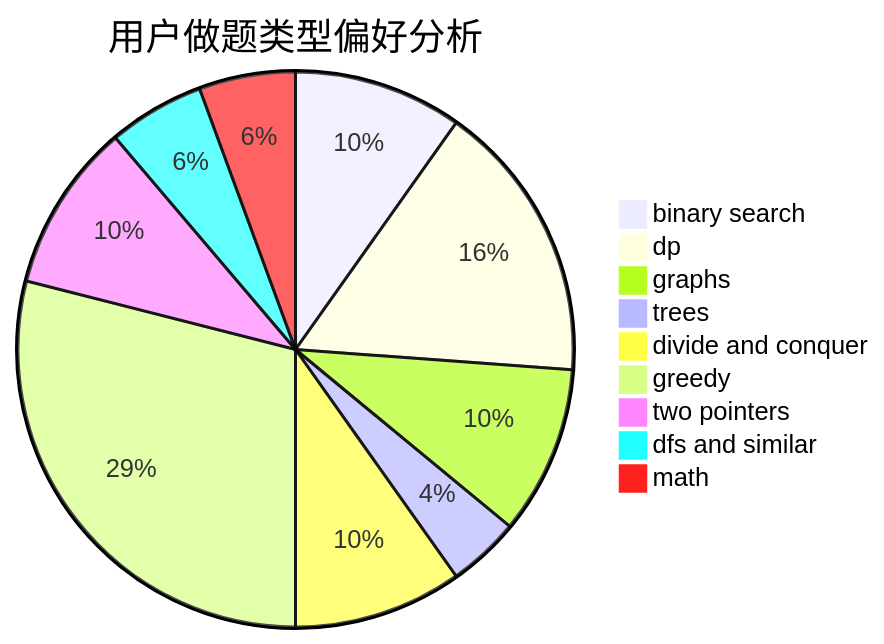
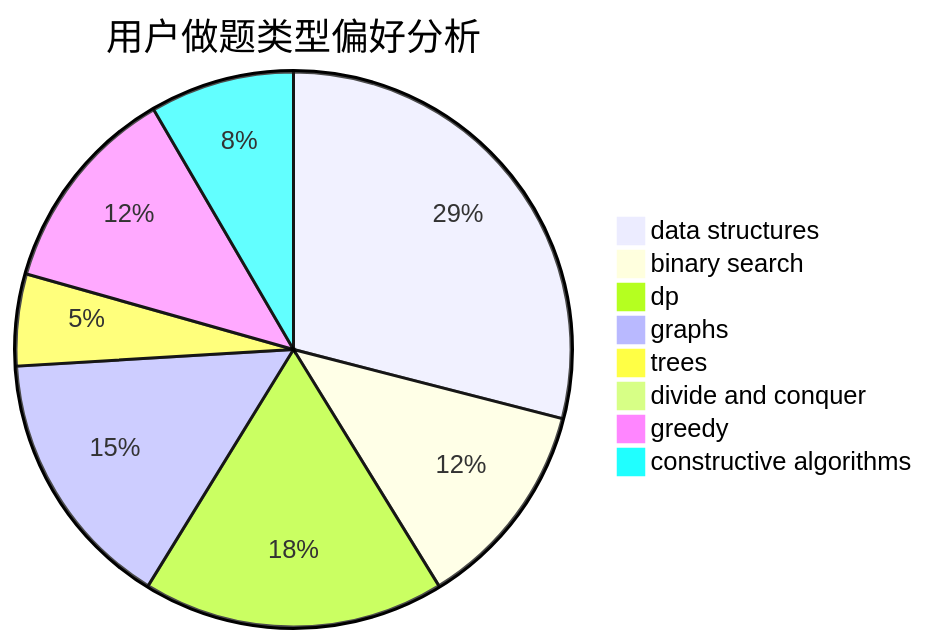
One commit to sherpahu/cfrs.github.io changed the second of 3 diagrams in docs/user/u2024.md. Above: the diagram before and after it, drawn with Mermaid. The commit also changed other lines of this file and 2775 other files, not shown here.

````diff
--- a/docs/user/u2024.md
+++ b/docs/user/u2024.md
@@ -23,12 +23,11 @@
 ```mermaid
 pie title 用户做题类型偏好分析
-    "binary search" :  21
-    "dp" :  35
-    "graphs" :  21
-    "trees" :  9
-    "divide and conquer" :  21
-    "greedy" :  62
-    "two pointers" :  21
-    "dfs and similar" :  12
-    "math" :  12
+    "data structures" :  38
+    "binary search" :  16
+    "dp" :  23
+    "graphs" :  20
+    "trees" :  7
+    "divide and conquer" :  0
+    "greedy" :  16
+    "constructive algorithms" :  11
 ```
````
